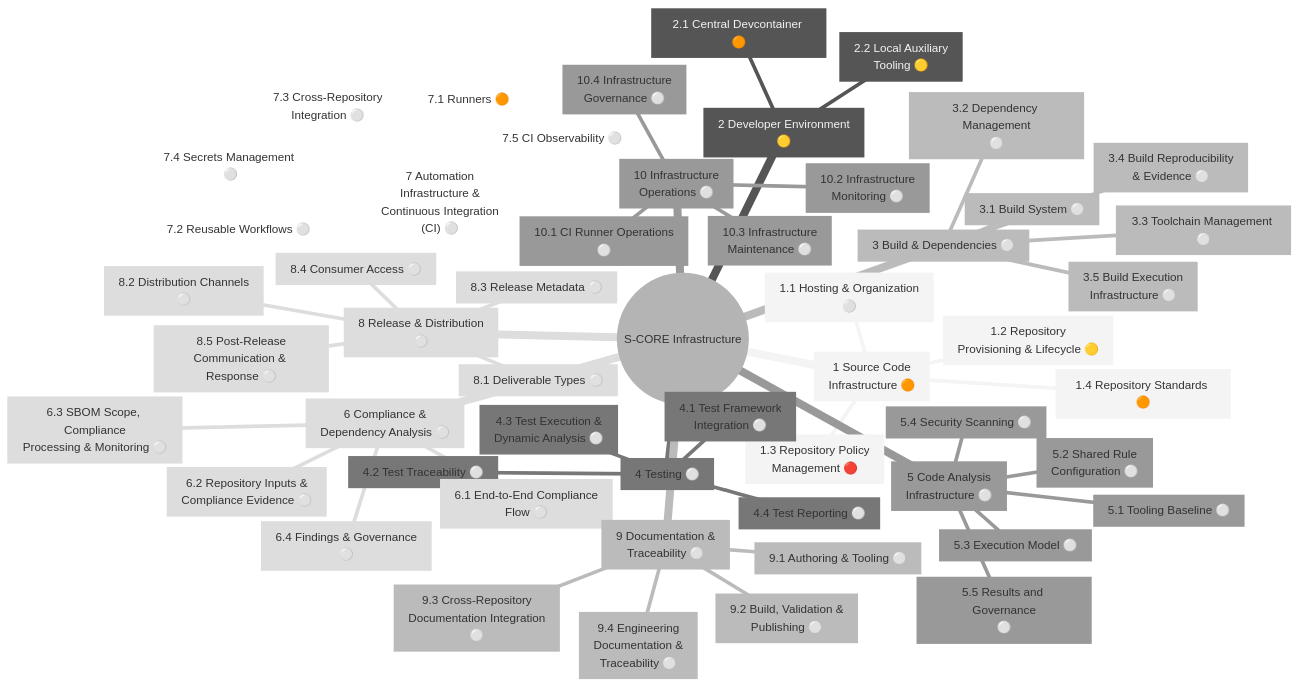
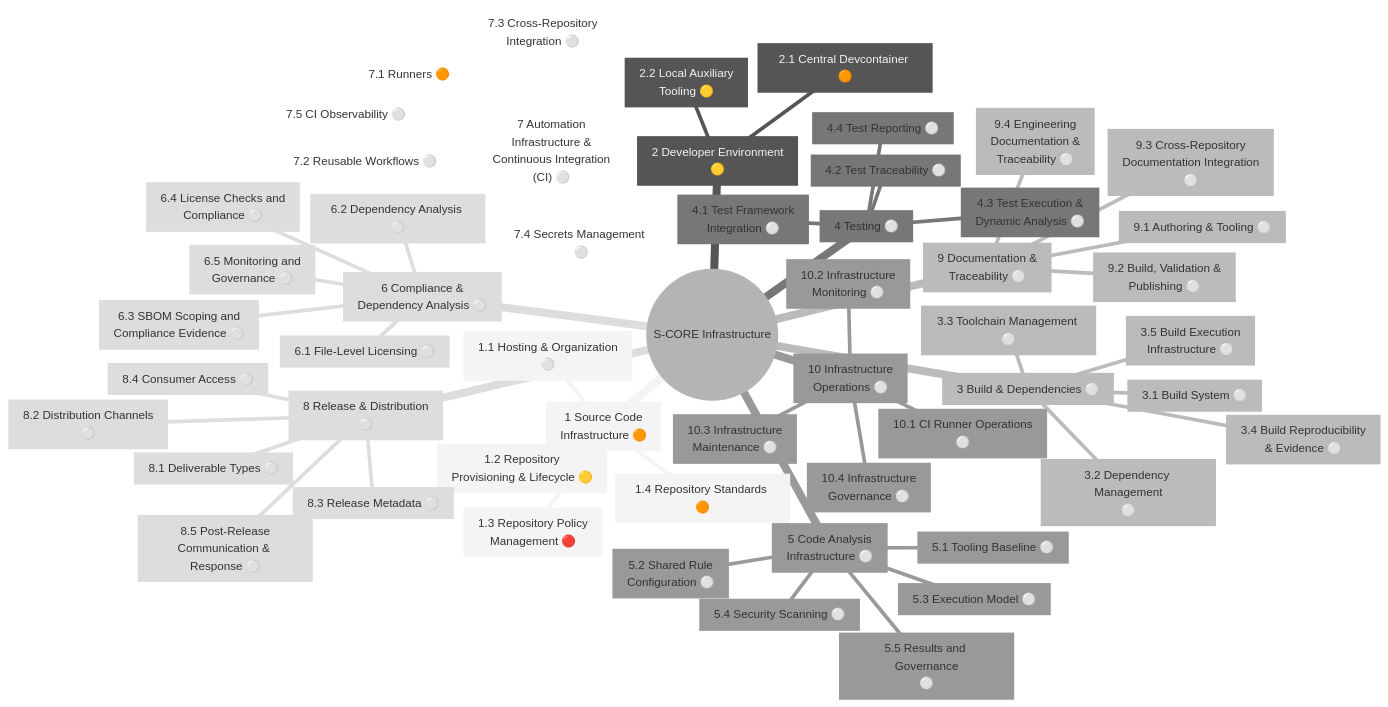
Before and after one commit to eclipse-score/infrastructure: the diagram in docs/index.md, drawn with Mermaid (neutral theme). The commit also changed other lines of this file and 1 other file, not shown here.

Commit message:
sbom improvements

````diff
--- a/docs/index.md
+++ b/docs/index.md
@@ -99,52 +99,52 @@
 ⚪`"]
     node_026["`6 Compliance &
 Dependency Analysis ⚪`"]
-      node_027["`6.1 End-to-End Compliance
-Flow ⚪`"]
-      node_028["`6.2 Repository Inputs &
+      node_027["6.1 File-Level Licensing ⚪"]
+      node_028["6.2 Dependency Analysis ⚪"]
+      node_029["`6.3 SBOM Scoping and
 Compliance Evidence ⚪`"]
-      node_029["`6.3 SBOM Scope, Compliance
-Processing & Monitoring ⚪`"]
-      node_030["`6.4 Findings & Governance
-⚪`"]
-    node_031["`7 Automation
+      node_030["`6.4 License Checks and
+Compliance ⚪`"]
+      node_031["`6.5 Monitoring and
+Governance ⚪`"]
+    node_032["`7 Automation
 Infrastructure &
 Continuous Integration
 (CI) ⚪`"]
-      node_032["7.1 Runners 🟠"]
-      node_033["7.2 Reusable Workflows ⚪"]
-      node_034["`7.3 Cross-Repository
+      node_033["7.1 Runners 🟠"]
+      node_034["7.2 Reusable Workflows ⚪"]
+      node_035["`7.3 Cross-Repository
 Integration ⚪`"]
-      node_035["7.4 Secrets Management ⚪"]
-      node_036["7.5 CI Observability ⚪"]
-    node_037["`8 Release & Distribution
+      node_036["7.4 Secrets Management ⚪"]
+      node_037["7.5 CI Observability ⚪"]
+    node_038["`8 Release & Distribution
 ⚪`"]
-      node_038["8.1 Deliverable Types ⚪"]
-      node_039["`8.2 Distribution Channels
+      node_039["8.1 Deliverable Types ⚪"]
+      node_040["`8.2 Distribution Channels
 ⚪`"]
-      node_040["8.3 Release Metadata ⚪"]
-      node_041["8.4 Consumer Access ⚪"]
-      node_042["`8.5 Post-Release
+      node_041["8.3 Release Metadata ⚪"]
+      node_042["8.4 Consumer Access ⚪"]
+      node_043["`8.5 Post-Release
 Communication & Response ⚪`"]
-    node_043["`9 Documentation &
+    node_044["`9 Documentation &
 Traceability ⚪`"]
-      node_044["9.1 Authoring & Tooling ⚪"]
-      node_045["`9.2 Build, Validation &
+      node_045["9.1 Authoring & Tooling ⚪"]
+      node_046["`9.2 Build, Validation &
 Publishing ⚪`"]
-      node_046["`9.3 Cross-Repository
+      node_047["`9.3 Cross-Repository
 Documentation Integration
 ⚪`"]
-      node_047["`9.4 Engineering
+      node_048["`9.4 Engineering
 Documentation &
 Traceability ⚪`"]
-    node_048["`10 Infrastructure
+    node_049["`10 Infrastructure
 Operations ⚪`"]
-      node_049["`10.1 CI Runner Operations
+      node_050["`10.1 CI Runner Operations
 ⚪`"]
-      node_050["`10.2 Infrastructure
+      node_051["`10.2 Infrastructure
 Monitoring ⚪`"]
-      node_051["`10.3 Infrastructure
+      node_052["`10.3 Infrastructure
 Maintenance ⚪`"]
-      node_052["`10.4 Infrastructure
+      node_053["`10.4 Infrastructure
 Governance ⚪`"]
 ```
````
